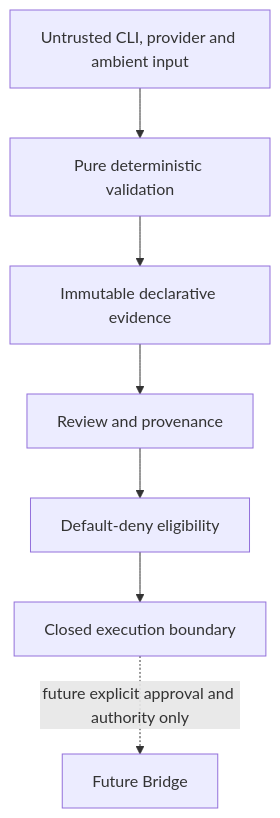
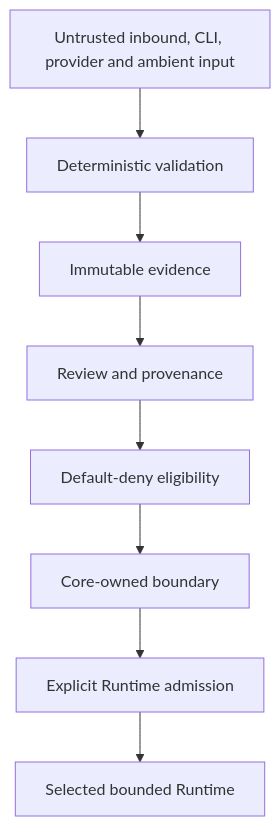
One commit to Deadpool042/loop-engine changed the fourth of 4 diagrams in docs/architecture/execution-architecture-rfc.md. Above: the diagram before and after it, drawn with Mermaid. The commit also changed other lines of this file, not shown here.

Commit message:
docs(architecture): reconcile execution RFC with V14.3

````diff
--- a/docs/architecture/execution-architecture-rfc.md
+++ b/docs/architecture/execution-architecture-rfc.md
@@ -193,9 +223,10 @@
 ```mermaid
 flowchart TB
-  Untrusted["Untrusted CLI, provider and ambient input"] --> Validate["Pure deterministic validation"]
-  Validate --> Evidence["Immutable declarative evidence"]
+  Untrusted["Untrusted inbound, CLI, provider and ambient input"] --> Validate["Deterministic validation"]
+  Validate --> Evidence["Immutable evidence"]
   Evidence --> Review["Review and provenance"]
   Review --> Eligibility["Default-deny eligibility"]
-  Eligibility --> Boundary["Closed execution boundary"]
-  Boundary -. "future explicit approval and authority only" .-> Bridge["Future Bridge"]
+  Eligibility --> Boundary["Core-owned boundary"]
+  Boundary --> Admission["Explicit Runtime admission"]
+  Admission --> Runtime["Selected bounded Runtime"]
 ```
````
